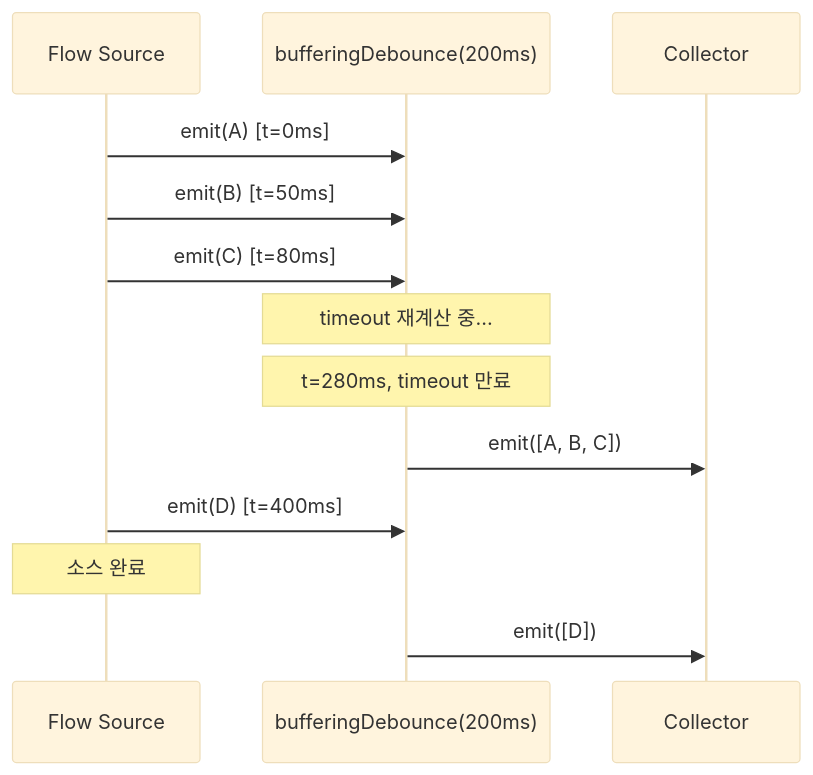
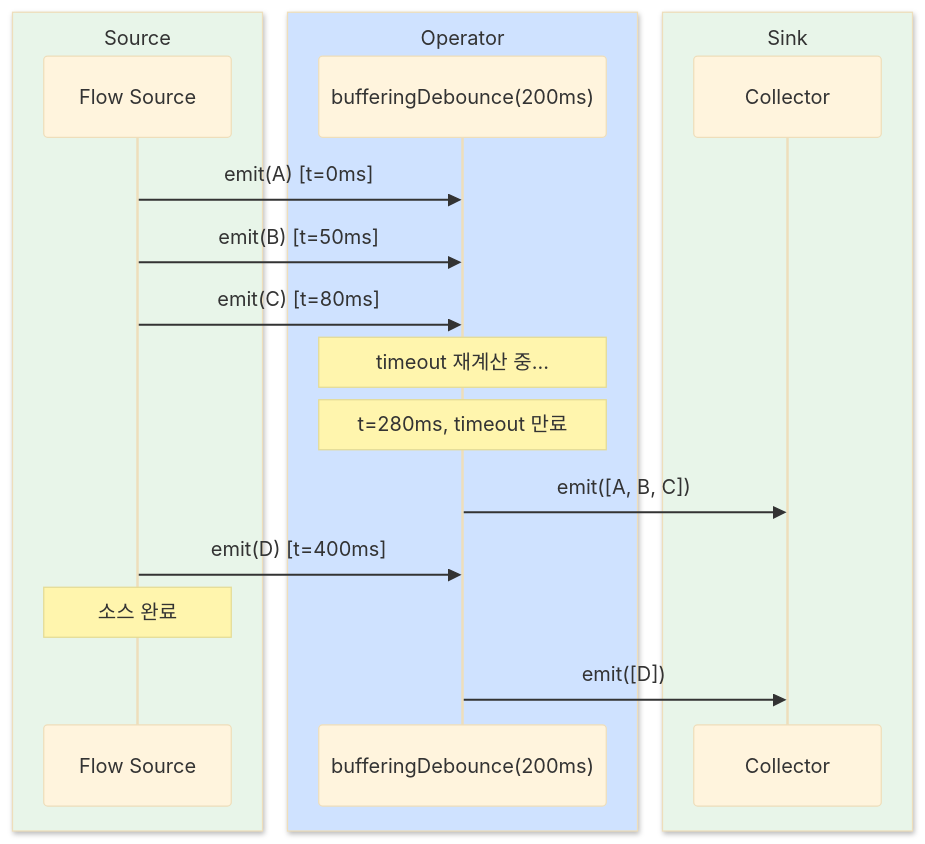
The tenth of 16 diagrams in bluetape4k/coroutines/README.ko.md (bluetape4k/bluetape4k-projects), drawn with Mermaid (base theme) before and after one commit. The commit also changed other lines of this file and 221 other files, not shown here.

First line of the commit message:
docs: 전체 모듈 README UML 다이어그램 보강 및 색상 업그레이드

````diff
--- a/bluetape4k/coroutines/README.ko.md
+++ b/bluetape4k/coroutines/README.ko.md
@@ -463,15 +538,21 @@
 ```mermaid
 sequenceDiagram
-    participant S as Flow Source
-    participant BD as bufferingDebounce(200ms)
-    participant R as Collector
+    box rgb(232, 245, 233) Source
+        participant S as Flow Source
+    end
+    box rgb(207, 226, 255) Operator
+        participant BD as bufferingDebounce(200ms)
+    end
+    box rgb(232, 245, 233) Sink
+        participant R as Collector
+    end
     S ->> BD: emit(A) [t=0ms]
     S ->> BD: emit(B) [t=50ms]
     S ->> BD: emit(C) [t=80ms]
     Note over BD: timeout 재계산 중...
     Note over BD: t=280ms, timeout 만료
     BD ->> R: emit([A, B, C])
     S ->> BD: emit(D) [t=400ms]
     Note over S: 소스 완료
     BD ->> R: emit([D])
 ```
````
